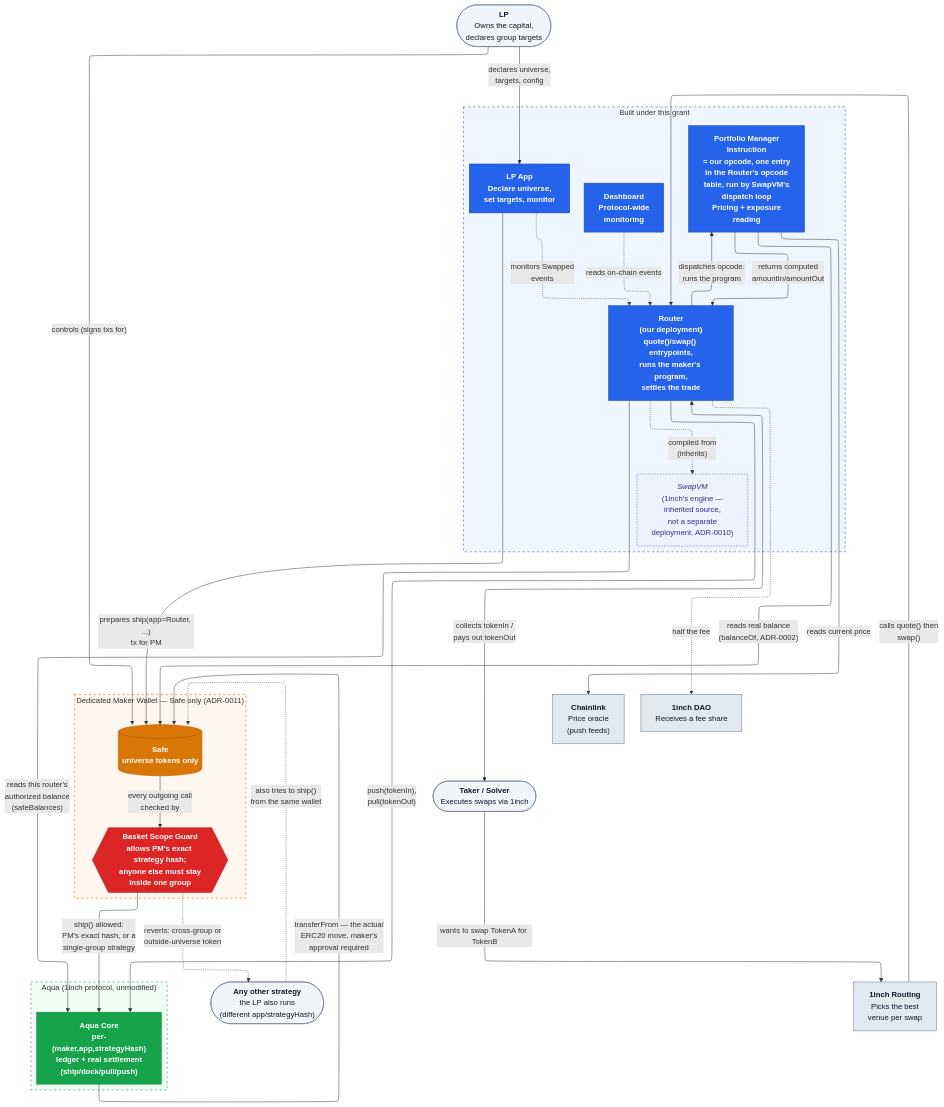
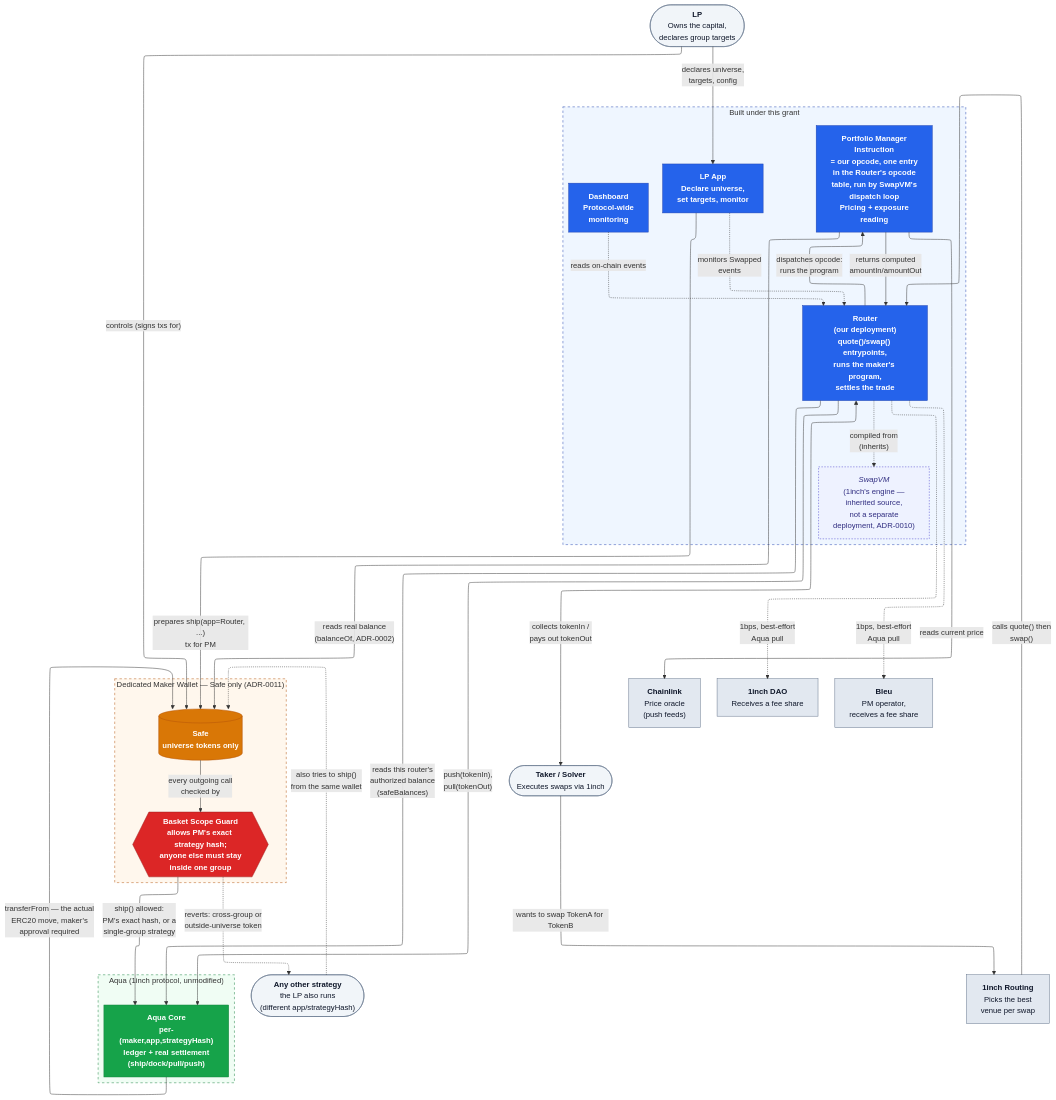
One commit to bleu/aqua-portfolio-manager changed the first of 2 diagrams in docs/ARCHITECTURE.md. Above: the diagram before and after it, drawn with Mermaid. The commit also changed other lines of this file and 11 other files, not shown here.

````diff
--- a/docs/ARCHITECTURE.md
+++ b/docs/ARCHITECTURE.md
@@ -17,76 +17,78 @@
 ```mermaid
 %%{init: {"flowchart": {"defaultRenderer": "elk"}} }%%
 flowchart TD
     LP(["<b>LP</b><br/>Owns the capital,<br/>declares group targets"])
     Taker(["<b>Taker / Solver</b><br/>Executes swaps via 1inch"])
     OtherStrategy(["<b>Any other strategy</b><br/>the LP also runs<br/>(different app/strategyHash)"])
 
     subgraph BleuScope["Built under this grant"]
         LPApp["<b>LP App</b><br/>Declare universe,<br/>set targets, monitor"]
         Dashboard["<b>Dashboard</b><br/>Protocol-wide<br/>monitoring"]
         Router["<b>Router</b><br/>(our deployment)<br/>quote()/swap() entrypoints,<br/>runs the maker's program,<br/>settles the trade"]
         SwapVMLib["<i>SwapVM</i><br/>(1inch's engine —<br/>inherited source,<br/>not a separate<br/>deployment, ADR-0010)"]
         Strategy["<b>Portfolio Manager<br/>Instruction</b><br/>= our opcode, one entry<br/>in the Router's opcode<br/>table, run by SwapVM's<br/>dispatch loop<br/>Pricing + exposure<br/>reading"]
     end
 
     subgraph WalletScope["Dedicated Maker Wallet — Safe only (ADR-0011)"]
         Wallet[("<b>Safe</b><br/>universe tokens only")]
         Guard{{"<b>Basket Scope Guard</b><br/>allows PM's exact strategy hash;<br/>anyone else must stay<br/>inside one group"}}
     end
 
     subgraph AquaCore["Aqua (1inch protocol, unmodified)"]
         Aqua["<b>Aqua Core</b><br/>per-(maker,app,strategyHash)<br/>ledger + real settlement<br/>(ship/dock/pull/push)"]
     end
 
     Chainlink["<b>Chainlink</b><br/>Price oracle<br/>(push feeds)"]
     Routing["<b>1inch Routing</b><br/>Picks the best<br/>venue per swap"]
     DAO["<b>1inch DAO</b><br/>Receives a fee share"]
+    Bleu["<b>Bleu</b><br/>PM operator,<br/>receives a fee share"]
 
     LP -->|"declares universe,<br/>targets, config"| LPApp
     LPApp -.->|"monitors Swapped<br/>events"| Router
     LP -->|"controls (signs txs for)"| Wallet
 
     LPApp -->|"prepares ship(app=Router, ...)<br/>tx for PM"| Wallet
     OtherStrategy -.->|"also tries to ship()<br/>from the same wallet"| Wallet
     Wallet -->|"every outgoing call<br/>checked by"| Guard
     Guard -->|"ship() allowed:<br/>PM's exact hash, or a<br/>single-group strategy"| Aqua
     Guard -.->|"reverts: cross-group or<br/>outside-universe token"| OtherStrategy
 
     Taker -->|"wants to swap TokenA for TokenB"| Routing
     Routing -->|"calls quote() then<br/>swap()"| Router
 
     Router -.->|"compiled from<br/>(inherits)"| SwapVMLib
     Router -->|"reads this router's<br/>authorized balance<br/>(safeBalances)"| Aqua
     Router -->|"dispatches opcode:<br/>runs the program"| Strategy
     Strategy -->|"reads real balance<br/>(balanceOf, ADR-0002)"| Wallet
     Strategy -->|"reads current price"| Chainlink
     Strategy -->|"returns computed<br/>amountIn/amountOut"| Router
 
     Router <-->|"collects tokenIn /<br/>pays out tokenOut"| Taker
     Router -->|"push(tokenIn),<br/>pull(tokenOut)"| Aqua
     Aqua -->|"transferFrom — the actual<br/>ERC20 move, maker's<br/>approval required"| Wallet
 
-    Router -.->|"half the fee"| DAO
+    Router -.->|"1bps, best-effort<br/>Aqua pull"| DAO
+    Router -.->|"1bps, best-effort<br/>Aqua pull"| Bleu
 
     Dashboard -.->|"reads on-chain events"| Router
 
     classDef actor fill:#f1f5f9,stroke:#64748b,color:#0f172a
     classDef bleu fill:#2563eb,stroke:#1e40af,color:#ffffff,font-weight:bold
     classDef wallet fill:#d97706,stroke:#b45309,color:#ffffff,font-weight:bold
     classDef guard fill:#dc2626,stroke:#991b1b,color:#ffffff,font-weight:bold
     classDef aqua fill:#16a34a,stroke:#15803d,color:#ffffff,font-weight:bold
     classDef external fill:#e2e8f0,stroke:#64748b,color:#0f172a
     classDef vendored fill:#eef2ff,stroke:#4338ca,color:#312e81,stroke-dasharray: 3 3
 
     class LP,Taker,OtherStrategy actor
     class LPApp,Dashboard,Router,Strategy bleu
     class SwapVMLib vendored
     class Wallet wallet
     class Guard guard
     class Aqua aqua
-    class Chainlink,Routing,DAO external
+    class Chainlink,Routing,DAO,Bleu external
 
     style BleuScope fill:#eff6ff,stroke:#1e40af,stroke-dasharray: 5 5
     style AquaCore fill:#f0fdf4,stroke:#15803d,stroke-dasharray: 5 5
     style WalletScope fill:#fff7ed,stroke:#b45309,stroke-dasharray: 5 5
 ```
````
